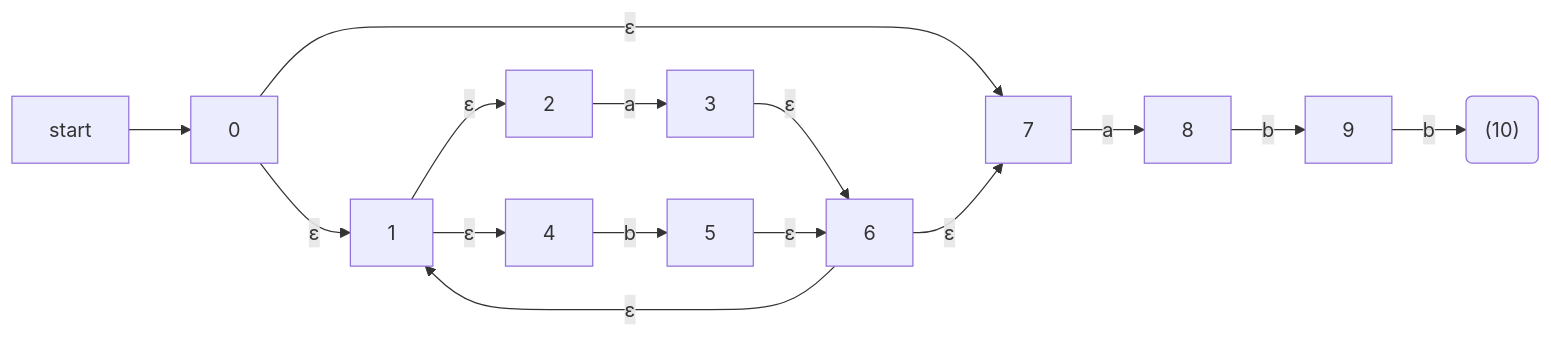
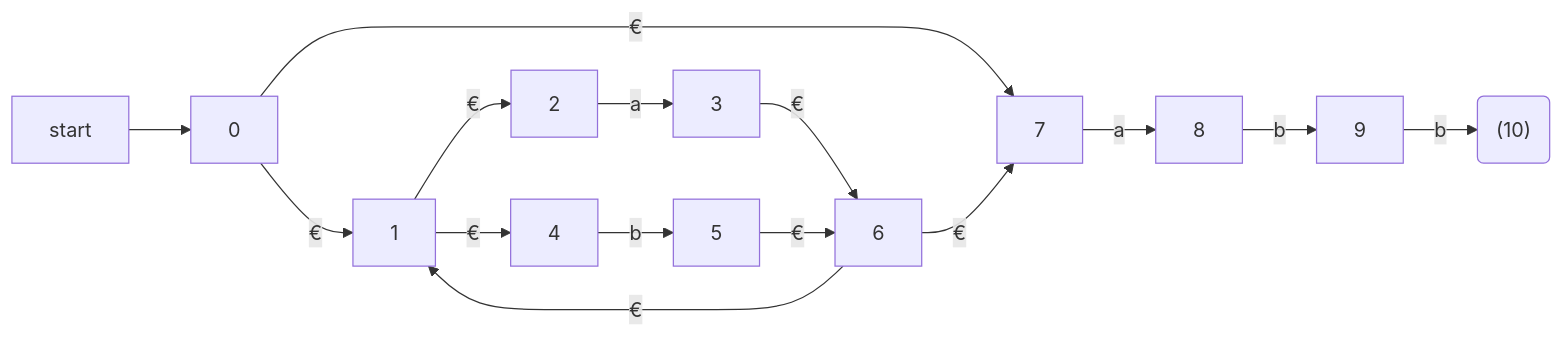
The fourth of 16 diagrams in Compilers/Chapter 3 Lexical Analysis.md (xp44mm/Notebook), drawn with Mermaid before and after one commit. The commit also changed other lines of this file and 4 other files, not shown here.

````diff
--- a/Compilers/Chapter 3 Lexical Analysis.md
+++ b/Compilers/Chapter 3 Lexical Analysis.md
@@ -684,17 +684,17 @@
 ```mermaid
 graph LR
 start-->0
-0--ε-->1
-0--ε-->7
-1--ε-->2
-1--ε-->4
+0--€-->1
+0--€-->7
+1--€-->2
+1--€-->4
 2--a-->3
 4--b-->5
-3--ε-->6
-5--ε-->6
-6--ε-->1
-6--ε-->7
+3--€-->6
+5--€-->6
+6--€-->1
+6--€-->7
 7--a-->8
 8--b-->9
 9--b-->10("(10)")
 ```
````
